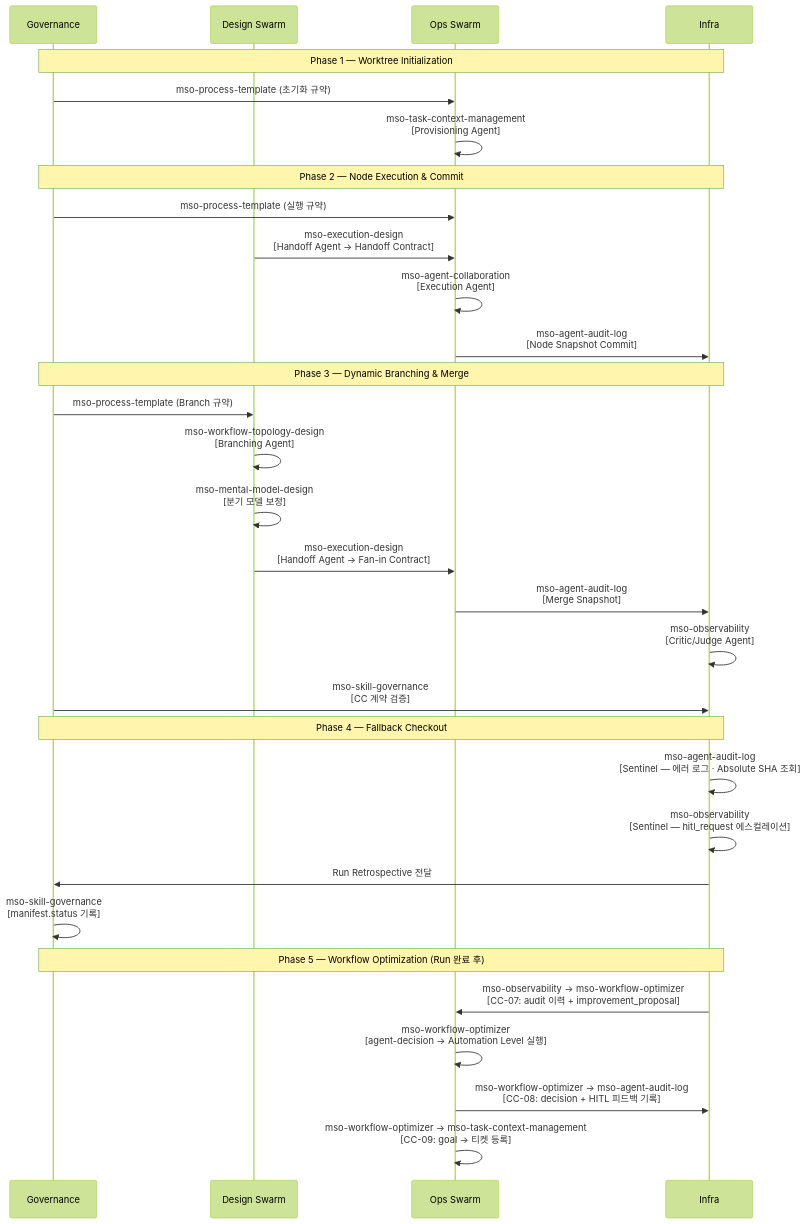
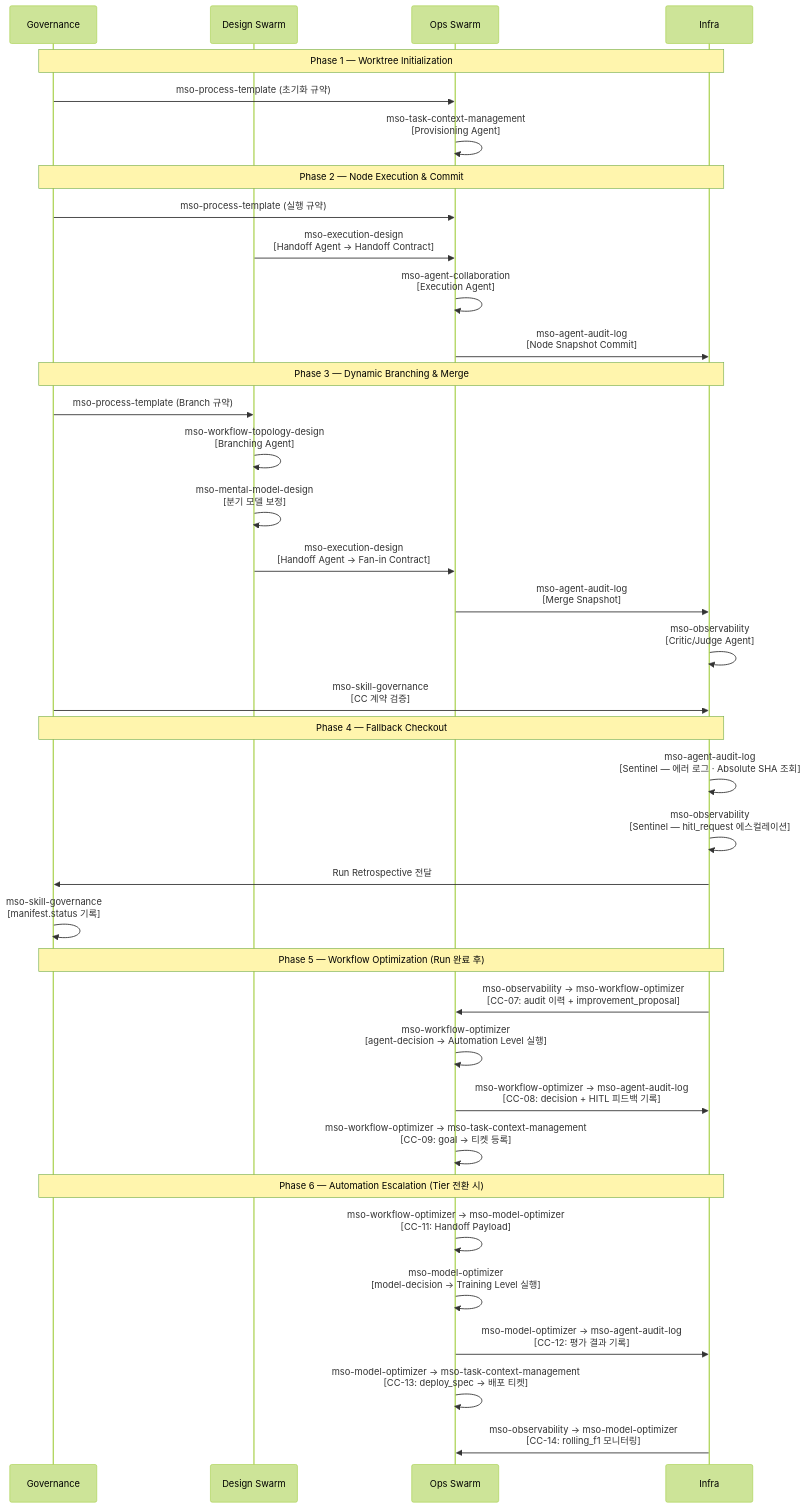
One commit to WMJOON/multi-swarm-orchestrator changed the diagram in docs/usage_matrix.md. Above: the diagram before and after it, drawn with Mermaid (forest theme). The commit also changed other lines of this file and 19 other files, not shown here.

First line of the commit message:
feat(v0.0.10): Smart Tool Factory — mso-model-optimizer + Automation Escalation 테스트 환경

````diff
--- a/docs/usage_matrix.md
+++ b/docs/usage_matrix.md
@@ -111,38 +115,45 @@
 ```mermaid
 sequenceDiagram
     participant Gov as Governance
     participant DS as Design Swarm
     participant Ops as Ops Swarm
     participant Infra as Infra
 
     Note over Gov,Infra: Phase 1 — Worktree Initialization
     Gov->>Ops: mso-process-template (초기화 규약)
     Ops->>Ops: mso-task-context-management<br/>[Provisioning Agent]
 
     Note over Gov,Infra: Phase 2 — Node Execution & Commit
     Gov->>Ops: mso-process-template (실행 규약)
     DS->>Ops: mso-execution-design<br/>[Handoff Agent → Handoff Contract]
     Ops->>Ops: mso-agent-collaboration<br/>[Execution Agent]
     Ops->>Infra: mso-agent-audit-log<br/>[Node Snapshot Commit]
 
     Note over Gov,Infra: Phase 3 — Dynamic Branching & Merge
     Gov->>DS: mso-process-template (Branch 규약)
     DS->>DS: mso-workflow-topology-design<br/>[Branching Agent]
     DS->>DS: mso-mental-model-design<br/>[분기 모델 보정]
     DS->>Ops: mso-execution-design<br/>[Handoff Agent → Fan-in Contract]
     Ops->>Infra: mso-agent-audit-log<br/>[Merge Snapshot]
     Infra->>Infra: mso-observability<br/>[Critic/Judge Agent]
     Gov->>Infra: mso-skill-governance<br/>[CC 계약 검증]
 
     Note over Gov,Infra: Phase 4 — Fallback Checkout
     Infra->>Infra: mso-agent-audit-log<br/>[Sentinel — 에러 로그 · Absolute SHA 조회]
     Infra->>Infra: mso-observability<br/>[Sentinel — hitl_request 에스컬레이션]
     Infra->>Gov: Run Retrospective 전달
     Gov->>Gov: mso-skill-governance<br/>[manifest.status 기록]
 
     Note over Gov,Infra: Phase 5 — Workflow Optimization (Run 완료 후)
     Infra->>Ops: mso-observability → mso-workflow-optimizer<br/>[CC-07: audit 이력 + improvement_proposal]
     Ops->>Ops: mso-workflow-optimizer<br/>[agent-decision → Automation Level 실행]
     Ops->>Infra: mso-workflow-optimizer → mso-agent-audit-log<br/>[CC-08: decision + HITL 피드백 기록]
     Ops->>Ops: mso-workflow-optimizer → mso-task-context-management<br/>[CC-09: goal → 티켓 등록]
+
+    Note over Gov,Infra: Phase 6 — Automation Escalation (Tier 전환 시)
+    Ops->>Ops: mso-workflow-optimizer → mso-model-optimizer<br/>[CC-11: Handoff Payload]
+    Ops->>Ops: mso-model-optimizer<br/>[model-decision → Training Level 실행]
+    Ops->>Infra: mso-model-optimizer → mso-agent-audit-log<br/>[CC-12: 평가 결과 기록]
+    Ops->>Ops: mso-model-optimizer → mso-task-context-management<br/>[CC-13: deploy_spec → 배포 티켓]
+    Infra->>Ops: mso-observability → mso-model-optimizer<br/>[CC-14: rolling_f1 모니터링]
 ```
````
